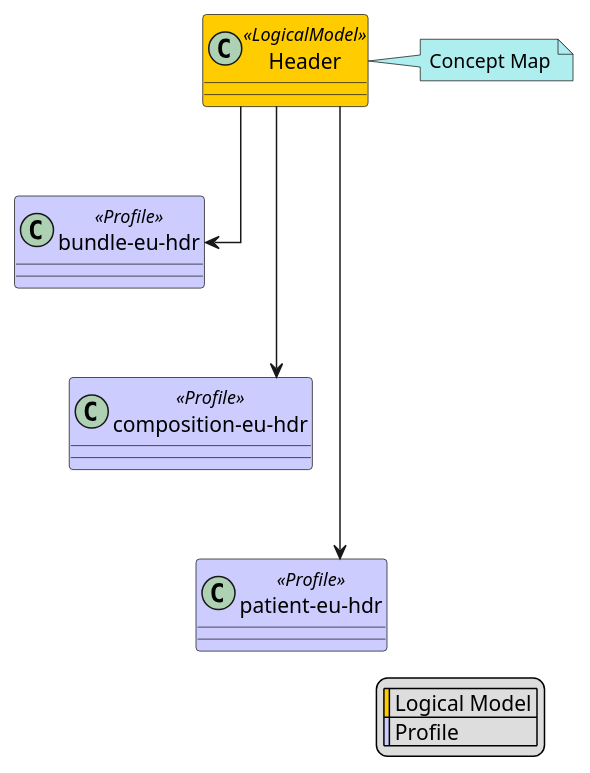
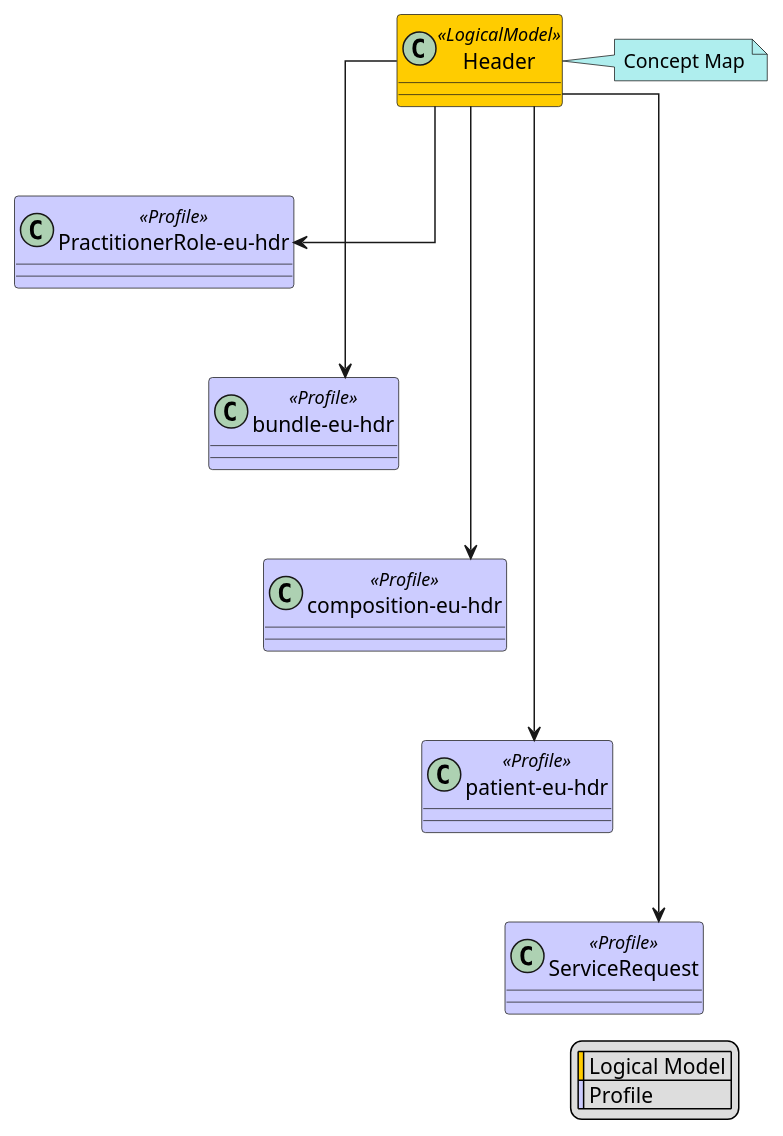
Before and after one commit to hl7-eu/hdr: the diagram in input/images-source/Header-map.plantuml, drawn with PlantUML. The commit also changed 5 other files, not shown here.

```diff
--- a/input/images-source/Header-map.plantuml
+++ b/input/images-source/Header-map.plantuml
@@ -1,23 +1,29 @@
 @startuml
 skinparam class {
     BackgroundColor<<LogicalModel>> #FFCC00
     BackgroundColor<<Profile>> #CCCCFF
 }
 skinparam linetype ortho
 legend right
   | <#FFCC00> | Logical Model |
   | <#CCCCFF> | Profile |
 endlegend
 class "Header" <<LogicalModel>> [[StructureDefinition-Header.html]]
 note right #PaleTurquoise [[ConceptMap-hdrHeader2FHIR-eu-hdr.html]]
 Concept Map
 endnote
+class "PractitionerRole-eu-hdr" <<Profile>> [[StructureDefinition-PractitionerRole-eu-hdr.html]]
+"Header" --> "PractitionerRole-eu-hdr"
 class "bundle-eu-hdr" <<Profile>> [[StructureDefinition-bundle-eu-hdr.html]]
 "Header" --> "bundle-eu-hdr"
+"PractitionerRole-eu-hdr" -[hidden]-> "bundle-eu-hdr"
 class "composition-eu-hdr" <<Profile>> [[StructureDefinition-composition-eu-hdr.html]]
 "Header" --> "composition-eu-hdr"
 "bundle-eu-hdr" -[hidden]-> "composition-eu-hdr"
 class "patient-eu-hdr" <<Profile>> [[StructureDefinition-patient-eu-hdr.html]]
 "Header" --> "patient-eu-hdr"
 "composition-eu-hdr" -[hidden]-> "patient-eu-hdr"
+class "ServiceRequest" <<Profile>> [[http://hl7.org/fhir/StructureDefinition/ServiceRequest]]
+"Header" --> "ServiceRequest"
+"patient-eu-hdr" -[hidden]-> "ServiceRequest"
 @enduml
```
